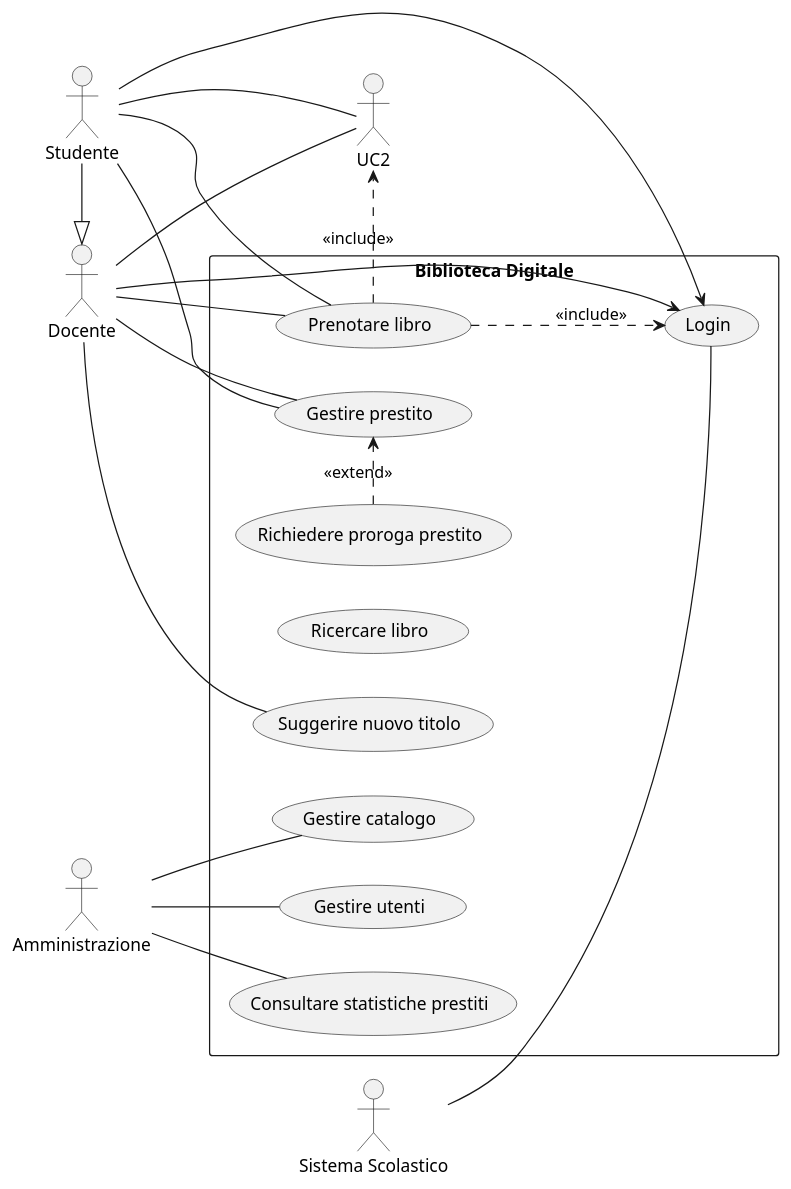
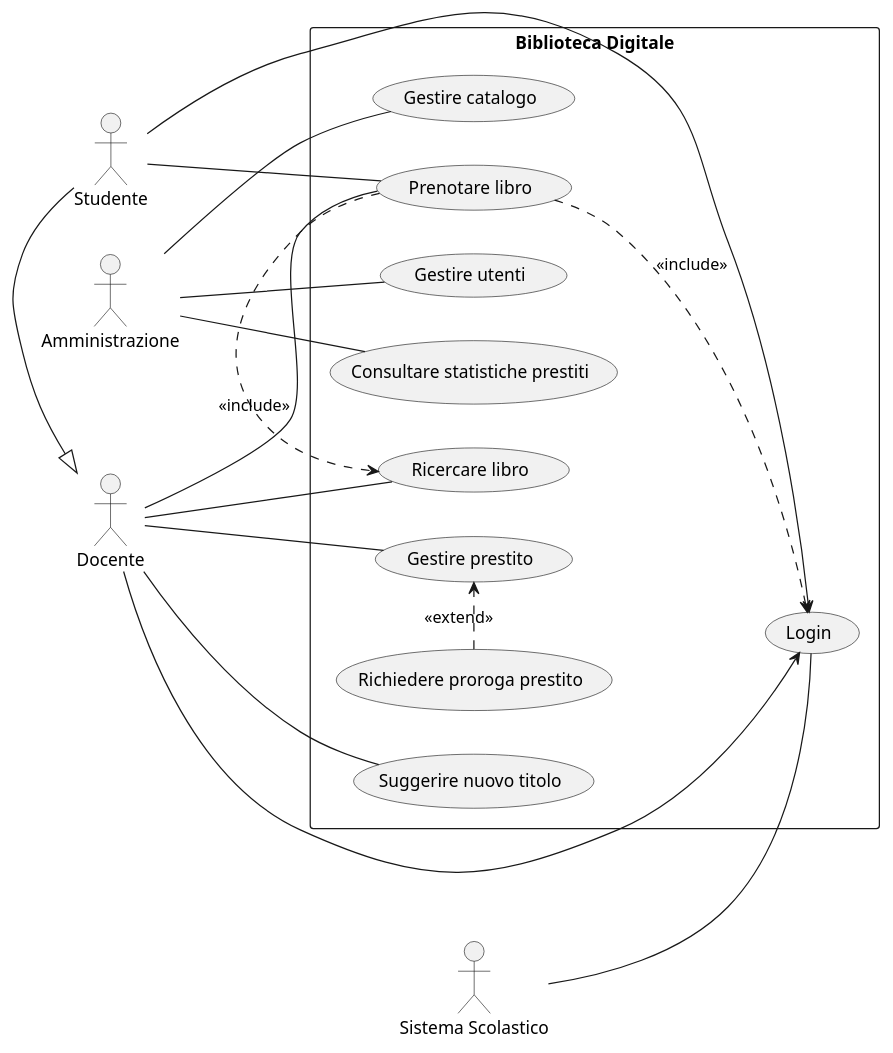
The diagram in uml/src/UCD/Biblioteca.puml (itsNikk/2526-4BI), drawn with PlantUML before and after one commit. The commit also changed 1 other file, not shown here.

```diff
--- a/uml/src/UCD/Biblioteca.puml
+++ b/uml/src/UCD/Biblioteca.puml
@@ -1,43 +1,41 @@
 @startuml
 left to right direction
 
 :Studente: as S
 :Docente: as D
 :Amministrazione: as A
 :Sistema Scolastico: as SS
 
 '' metto "" perchè altrimenti non legge gli spazi
 rectangle "Biblioteca Digitale" {
   (Login) as UC1
-  (Ricercare libro) as UC2clas
+  (Ricercare libro) as UC2
   (Prenotare libro) as UC3
   (Gestire prestito) as UC4
   (Richiedere proroga prestito) as UC5
   (Suggerire nuovo titolo) as UC6
   (Gestire catalogo) as UC7
   (Gestire utenti) as UC8
   (Consultare statistiche prestiti) as UC9
 }
 
 S --> UC1
-S -- UC2
 S -- UC3
-S -- UC4
 D --> UC1
 D -- UC2
 D -- UC3
 D -- UC4
 D -- UC6
 A -- UC7
 A -- UC8
 A -- UC9
 SS -- UC1
 
 UC3 ..> UC1 : <<include>>
 
 UC3 .> UC2 : <<include>>
 UC5 .> UC4 : <<extend>>
 
 S -|> D
 
 @enduml
```
